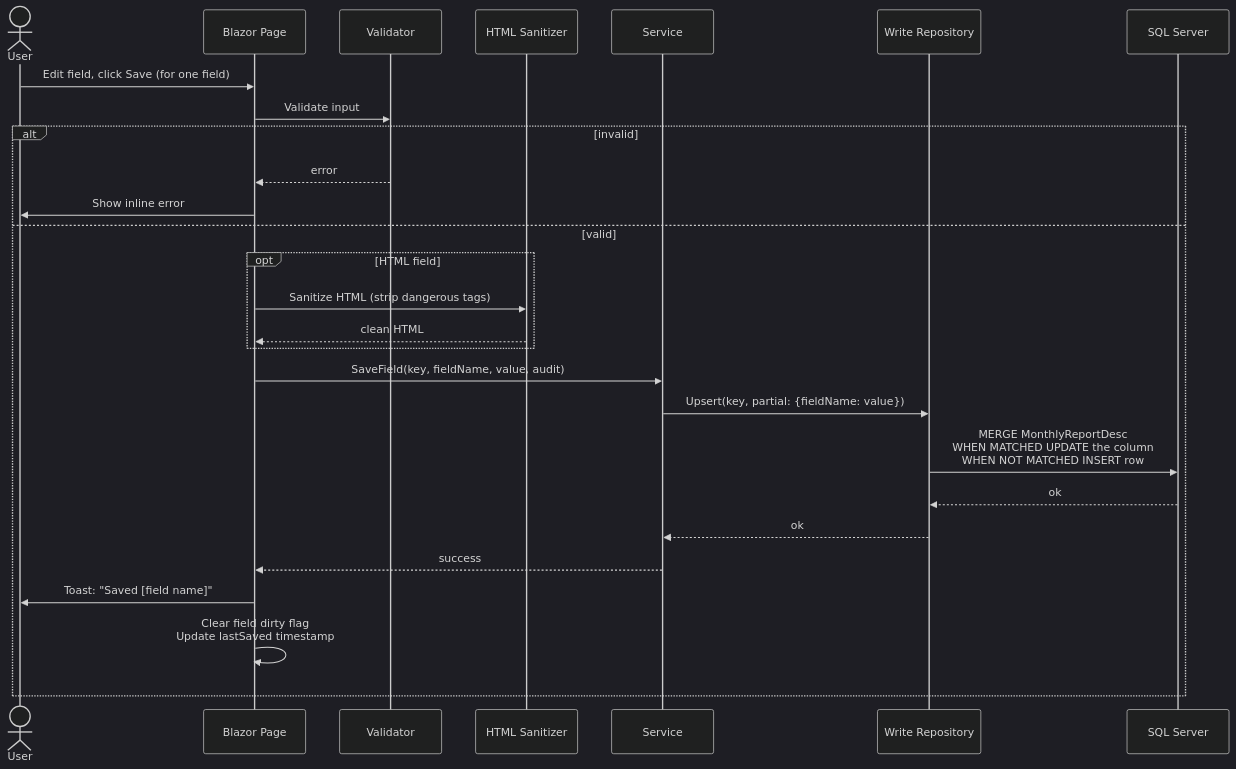
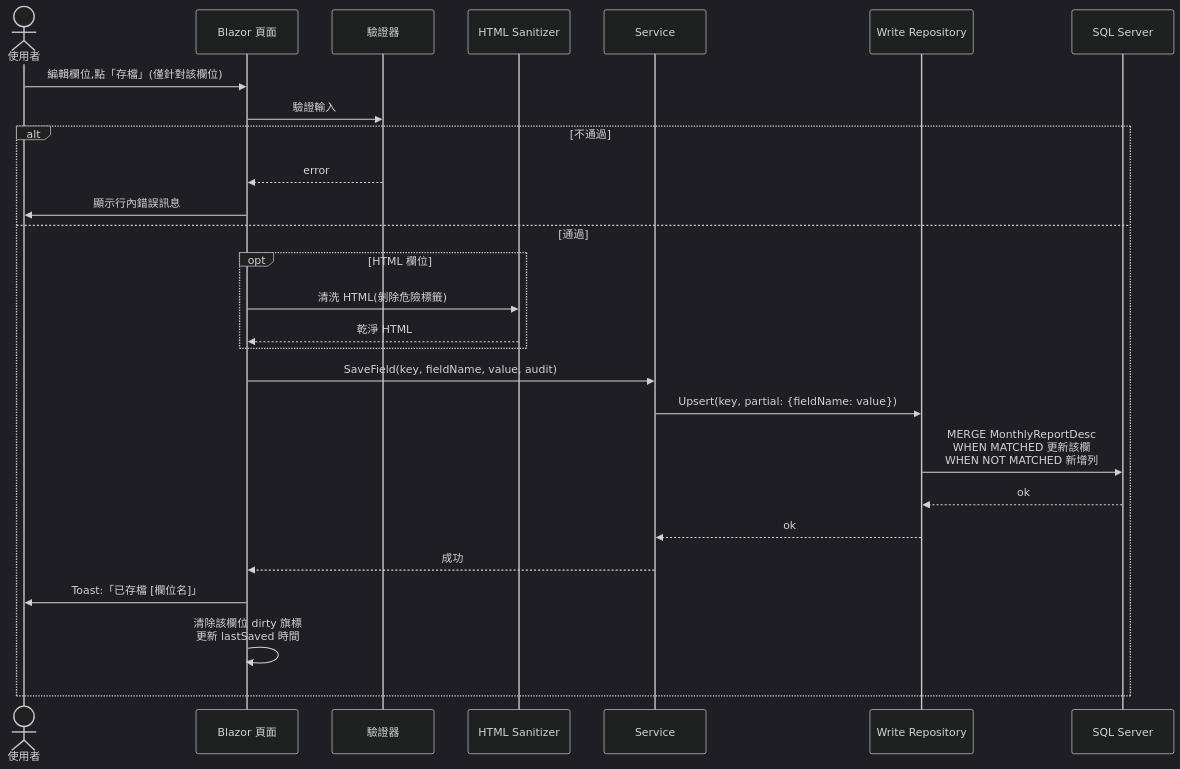
The fourth of 8 diagrams in docs/ARCHITECTURE.md (weixiang1130/Monthly-Cost-Control-Report), drawn with Mermaid (dark theme) before and after one commit. The commit also changed other lines of this file and 5 other files, not shown here.

````diff
--- a/docs/ARCHITECTURE.md
+++ b/docs/ARCHITECTURE.md
@@ -139,30 +139,30 @@
 ```mermaid
 sequenceDiagram
-    actor User
-    participant UI as Blazor Page
-    participant Val as Validator
+    actor User as 使用者
+    participant UI as Blazor 頁面
+    participant Val as 驗證器
     participant San as HTML Sanitizer
     participant Svc as Service
     participant Write as Write Repository
     participant DB as SQL Server
 
-    User->>UI: Edit field, click Save (for one field)
-    UI->>Val: Validate input
-    alt invalid
+    User->>UI: 編輯欄位,點「存檔」(僅針對該欄位)
+    UI->>Val: 驗證輸入
+    alt 不通過
         Val-->>UI: error
-        UI->>User: Show inline error
-    else valid
-        opt HTML field
-            UI->>San: Sanitize HTML (strip dangerous tags)
-            San-->>UI: clean HTML
+        UI->>User: 顯示行內錯誤訊息
+    else 通過
+        opt HTML 欄位
+            UI->>San: 清洗 HTML(剝除危險標籤)
+            San-->>UI: 乾淨 HTML
         end
         UI->>Svc: SaveField(key, fieldName, value, audit)
         Svc->>Write: Upsert(key, partial: {fieldName: value})
-        Write->>DB: MERGE MonthlyReportDesc<br/>WHEN MATCHED UPDATE the column<br/>WHEN NOT MATCHED INSERT row
+        Write->>DB: MERGE MonthlyReportDesc<br/>WHEN MATCHED 更新該欄<br/>WHEN NOT MATCHED 新增列
         DB-->>Write: ok
         Write-->>Svc: ok
-        Svc-->>UI: success
-        UI->>User: Toast: "Saved [field name]"
-        UI->>UI: Clear field dirty flag<br/>Update lastSaved timestamp
+        Svc-->>UI: 成功
+        UI->>User: Toast:「已存檔 [欄位名]」
+        UI->>UI: 清除該欄位 dirty 旗標<br/>更新 lastSaved 時間
     end
 ```
````
